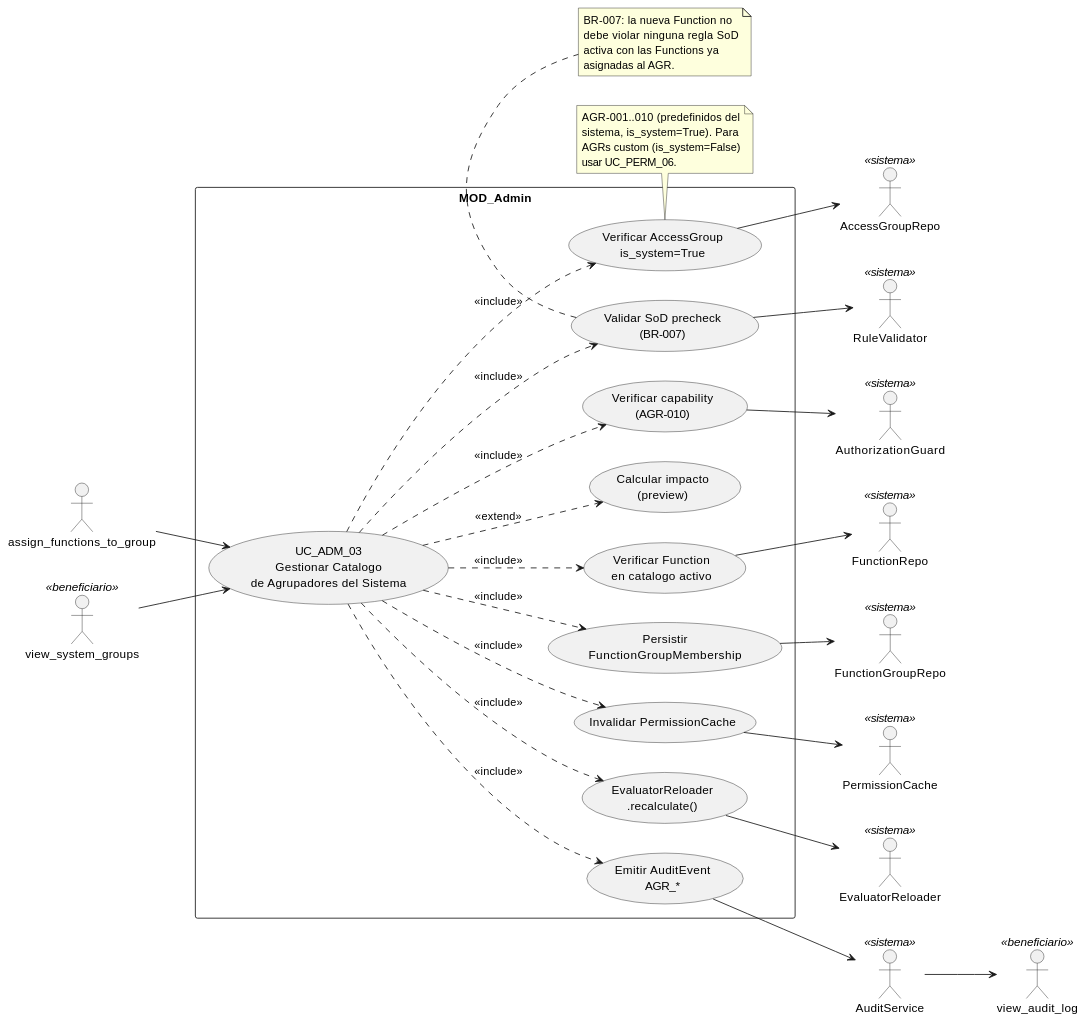
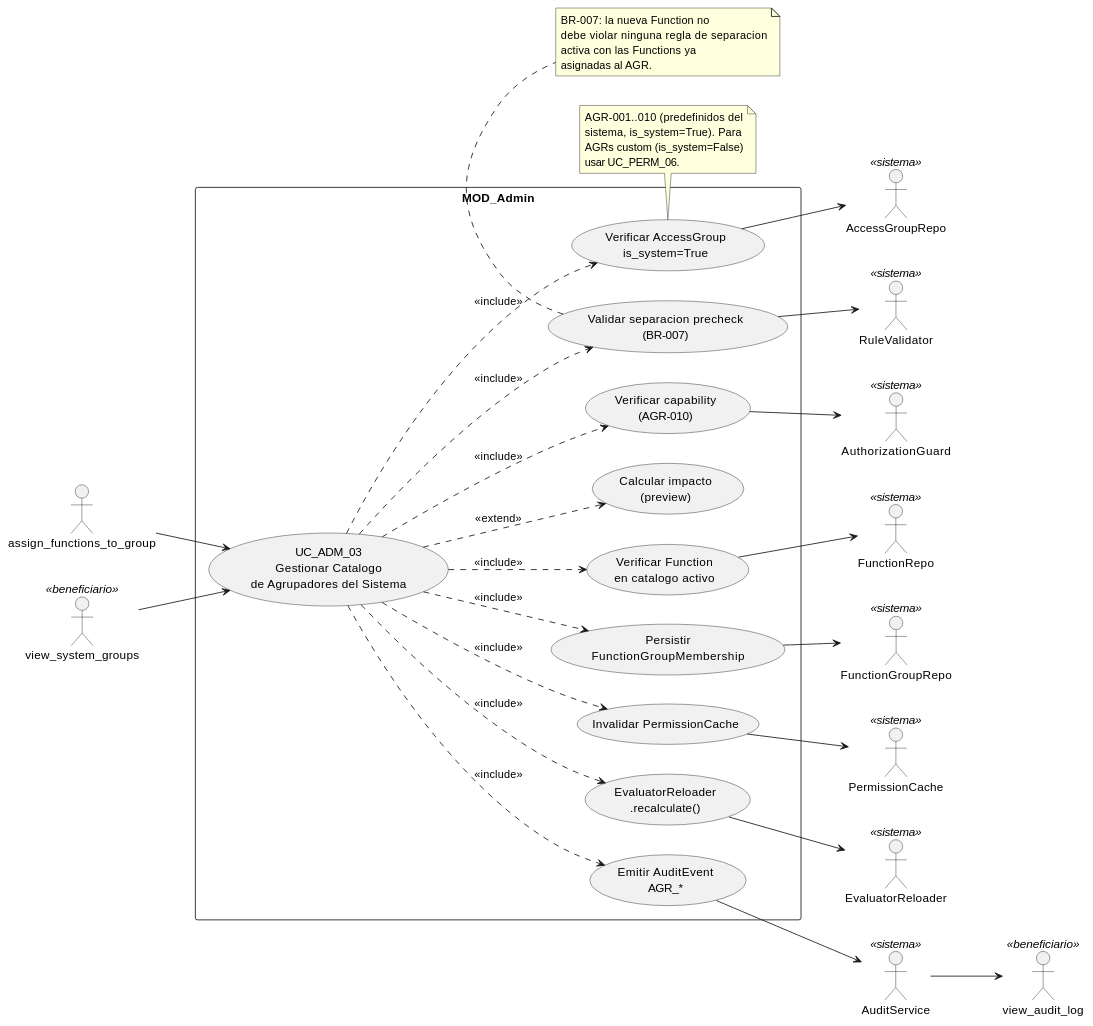
Before and after one commit to jcg-admin/IACT-docs: the diagram in source/requisitos/casos-uso/admin/uc-adm-03/diagramas-uml/diagrama-de-caso-de-uso.rst, drawn with PlantUML. The commit also changed 148 other files, not shown here.

```diff
--- a/source/requisitos/casos-uso/admin/uc-adm-03/diagramas-uml/diagrama-de-caso-de-uso.rst
+++ b/source/requisitos/casos-uso/admin/uc-adm-03/diagramas-uml/diagrama-de-caso-de-uso.rst
@@ -6,70 +6,70 @@
 .. uml::
  :caption: UC_ADM_03 — actores y casos asociados.
 
  @startuml
 
  left to right direction
 
  actor "assign_functions_to_group" as assign_functions_to_group
  actor "view_system_groups" as view_system_groups <<beneficiario>>
  actor "view_audit_log" as view_audit_log <<beneficiario>>
  actor "AuthorizationGuard" as AuthorizationGuard <<sistema>>
  actor "AccessGroupRepo" as AccessGroupRepo <<sistema>>
  actor "FunctionRepo" as FunctionRepo <<sistema>>
  actor "FunctionGroupRepo" as FunctionGroupRepo <<sistema>>
  actor "RuleValidator" as RuleValidator <<sistema>>
  actor "EvaluatorReloader" as EvaluatorReloader <<sistema>>
  actor "PermissionCache" as PermissionCache <<sistema>>
  actor "AuditService" as AuditService <<sistema>>
 
  rectangle "MOD_Admin" {
    usecase "UC_ADM_03\nGestionar Catalogo\nde Agrupadores del Sistema" as UC_ADM_03
    usecase "Verificar capability\n(AGR-010)" as VERIFICAR_CAP
    usecase "Verificar AccessGroup\nis_system=True" as VERIFICAR_SISTEMA
    usecase "Verificar Function\nen catalogo activo" as VERIFICAR_FN
-   usecase "Validar SoD precheck\n(BR-007)" as VALIDAR_SOD
+   usecase "Validar separacion precheck\n(BR-007)" as VALIDAR_SEPARATION_RULES
    usecase "Persistir\nFunctionGroupMembership" as PERSISTIR
    usecase "Calcular impacto\n(preview)" as PREVIEW
    usecase "Invalidar PermissionCache" as INVALIDAR
    usecase "EvaluatorReloader\n.recalculate()" as RELOAD
    usecase "Emitir AuditEvent\nAGR_*" as AUDITAR
  }
 
  assign_functions_to_group --> UC_ADM_03
  view_system_groups --> UC_ADM_03
 
  UC_ADM_03 ..> VERIFICAR_CAP : <<include>>
  UC_ADM_03 ..> VERIFICAR_SISTEMA : <<include>>
  UC_ADM_03 ..> VERIFICAR_FN : <<include>>
- UC_ADM_03 ..> VALIDAR_SOD : <<include>>
+ UC_ADM_03 ..> VALIDAR_SEPARATION_RULES : <<include>>
  UC_ADM_03 ..> PERSISTIR : <<include>>
  UC_ADM_03 ..> PREVIEW : <<extend>>
  UC_ADM_03 ..> INVALIDAR : <<include>>
  UC_ADM_03 ..> RELOAD : <<include>>
  UC_ADM_03 ..> AUDITAR : <<include>>
 
  VERIFICAR_CAP --> AuthorizationGuard
  VERIFICAR_SISTEMA --> AccessGroupRepo
  VERIFICAR_FN --> FunctionRepo
- VALIDAR_SOD --> RuleValidator
+ VALIDAR_SEPARATION_RULES --> RuleValidator
  PERSISTIR --> FunctionGroupRepo
  INVALIDAR --> PermissionCache
  RELOAD --> EvaluatorReloader
  AUDITAR --> AuditService
  AuditService --> view_audit_log
 
  note bottom of VERIFICAR_SISTEMA
    AGR-001..010 (predefinidos del
    sistema, is_system=True). Para
    AGRs custom (is_system=False)
    usar UC_PERM_06.
  end note
 
- note bottom of VALIDAR_SOD
+ note bottom of VALIDAR_SEPARATION_RULES
    BR-007: la nueva Function no
-   debe violar ninguna regla SoD
+   debe violar ninguna regla de separacion
    activa con las Functions ya
    asignadas al AGR.
  end note
 
  @enduml
```
